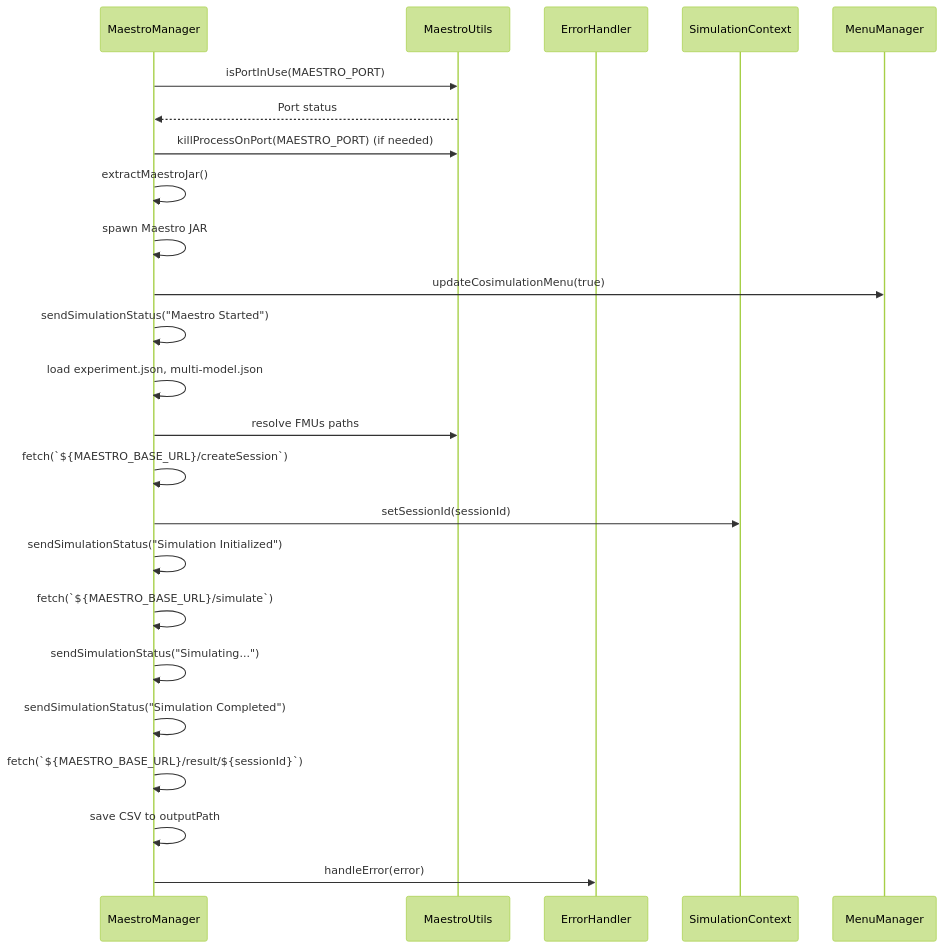
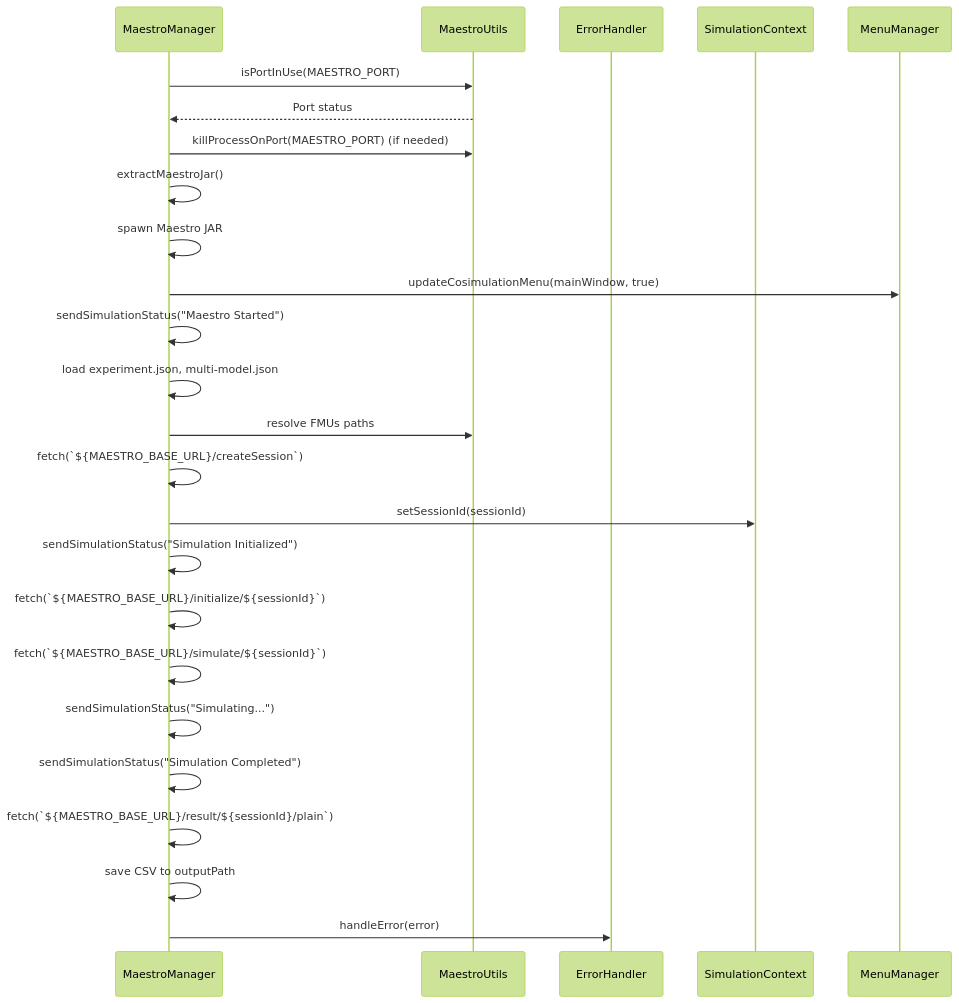
The fourth of 6 diagrams in docs/APPLICATION LAYERS.md (INTO-CPS-Association/into-cps-application), drawn with Mermaid (forest theme) before and after one commit. The commit also changed other lines of this file and 6 other files, not shown here.

````diff
--- a/docs/APPLICATION LAYERS.md
+++ b/docs/APPLICATION LAYERS.md
@@ -272,41 +316,42 @@
 ```mermaid
 sequenceDiagram
     participant MM as MaestroManager
     participant MU as MaestroUtils
     participant EH as ErrorHandler
     participant MC as SimulationContext
     participant Menu as MenuManager
 
-    %% Avvio di Maestro %%
+    %% Starting Maestro %%
     MM->>MU: isPortInUse(MAESTRO_PORT)
     MU-->>MM: Port status
     MM->>MU: killProcessOnPort(MAESTRO_PORT) (if needed)
     MM->>MM: extractMaestroJar()
     MM->>MM: spawn Maestro JAR
-    MM->>Menu: updateCosimulationMenu(true)
+    MM->>Menu: updateCosimulationMenu(mainWindow, true)
 
-    %% Maestro avviato correttamente %%
+    %% Maestro successfully started %%
     MM->>MM: sendSimulationStatus("Maestro Started")
 
-    %% Avvio della Simulazione %%
+    %% Simulation Initialization %%
     MM->>MM: load experiment.json, multi-model.json
     MM->>MU: resolve FMUs paths
     MM->>MM: fetch(`${MAESTRO_BASE_URL}/createSession`)
     MM->>MC: setSessionId(sessionId)
     MM->>MM: sendSimulationStatus("Simulation Initialized")
 
-    %% Esecuzione della Simulazione %%
-    MM->>MM: fetch(`${MAESTRO_BASE_URL}/simulate`)
+    %% Running Simulation %%
+    MM->>MM: fetch(`${MAESTRO_BASE_URL}/initialize/${sessionId}`)
+    MM->>MM: fetch(`${MAESTRO_BASE_URL}/simulate/${sessionId}`)
     MM->>MM: sendSimulationStatus("Simulating...")
 
-    %% Completamento della Simulazione %%
+    %% Simulation Completion %%
     MM->>MM: sendSimulationStatus("Simulation Completed")
 
-    %% Recupero dei Risultati %%
-    MM->>MM: fetch(`${MAESTRO_BASE_URL}/result/${sessionId}`)
+    %% Retrieving Results %%
+    MM->>MM: fetch(`${MAESTRO_BASE_URL}/result/${sessionId}/plain`)
     MM->>MM: save CSV to outputPath
 
-    %% Gestione degli Errori %%
+    %% Handling Errors %%
     MM->>EH: handleError(error)
 
 ```
````
